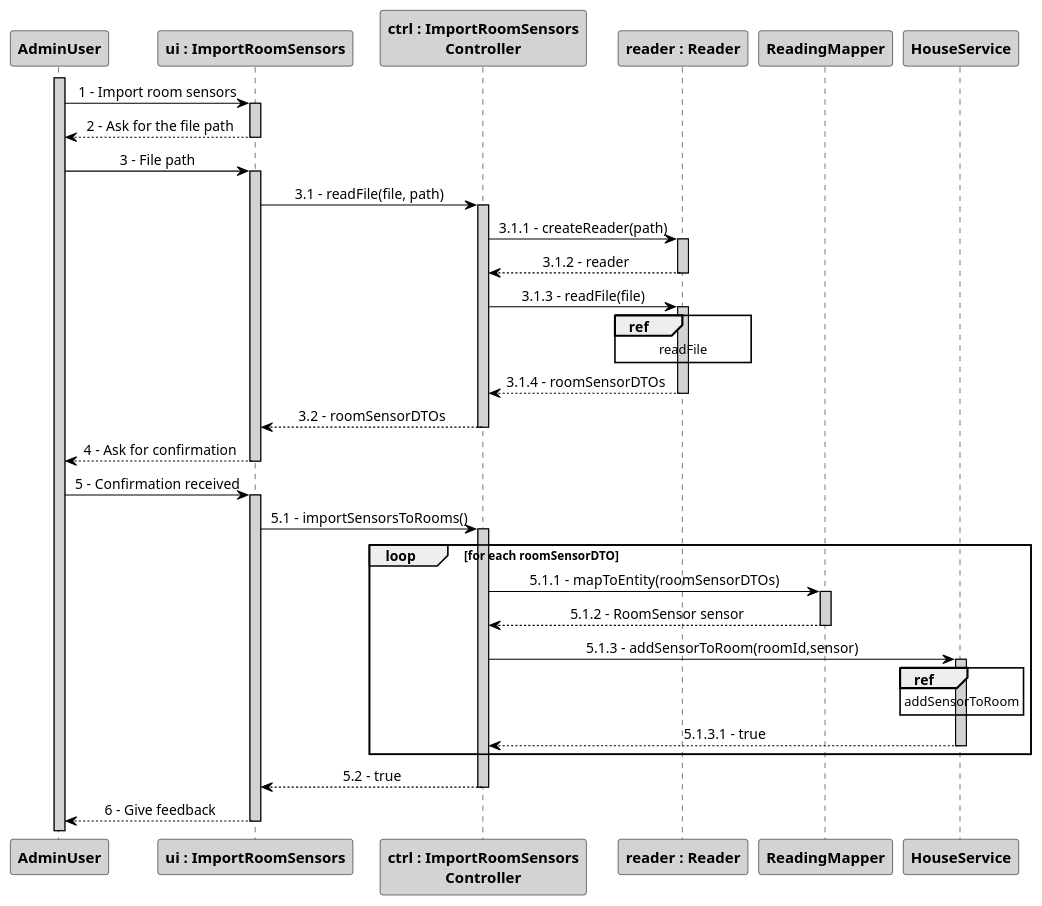
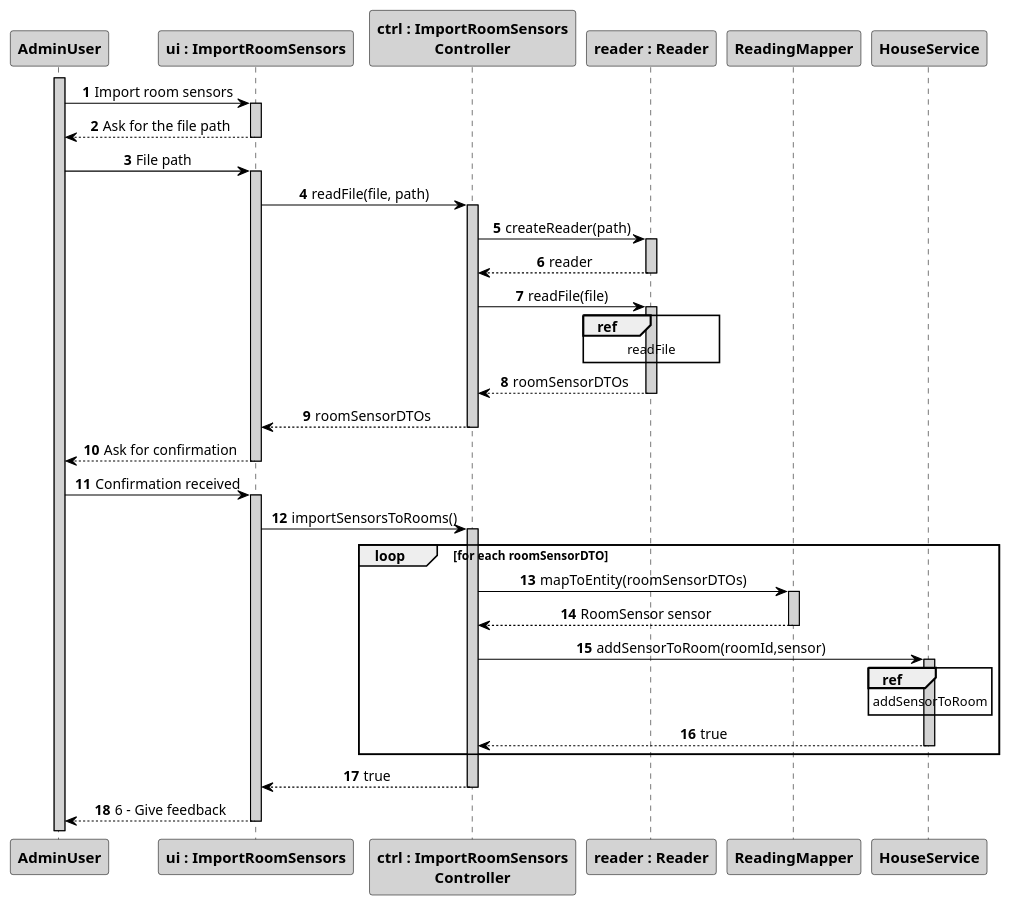
Before and after one commit to 1181687/hateoasToy: the diagram in src/main/java/pt/ipp/isep/dei/project/controllers/importroomsensorandreadings/SD_ImportRoomSensors.puml, drawn with PlantUML. The commit also changed 3 other files, not shown here.

Commit message:
[ Addresses #150 ] Added changes to ImportRoomSensors sequence diagram

```diff
--- a/src/main/java/pt/ipp/isep/dei/project/controllers/importroomsensorandreadings/SD_ImportRoomSensors.puml
+++ b/src/main/java/pt/ipp/isep/dei/project/controllers/importroomsensorandreadings/SD_ImportRoomSensors.puml
@@ -1,67 +1,68 @@
 @startuml
+autonumber
 skinparam sequenceMessageAlign center
 skinparam sequence {
 	ArrowColor Black
 	ActorBorderColor DarkBlue
 	LifeLineBorderColor black
 	LifeLineBackgroundColor LightGrey
 
 	ParticipantBorderColor Black
 	ParticipantBackgroundColor LightGrey
 	ParticipantFontStyle Bold
 
 	ActorBackgroundColor DimGrey
 	ActorFontColor DeepSkyBlue
 	ActorFontStyle Bold
 	ActorFontSize 17
 	ActorFontName Aapex
 }
 
 activate AdminUser
 actor AdminUser
 
-AdminUser -> "ui : ImportRoomSensors":1 - Import room sensors
+AdminUser -> "ui : ImportRoomSensors": Import room sensors
 activate "ui : ImportRoomSensors"
-"ui : ImportRoomSensors" --> AdminUser: 2 - Ask for the file path
+"ui : ImportRoomSensors" --> AdminUser: Ask for the file path
 deactivate "ui : ImportRoomSensors"
-AdminUser -> "ui : ImportRoomSensors": 3 - File path
+AdminUser -> "ui : ImportRoomSensors": File path
 activate "ui : ImportRoomSensors"
-"ui : ImportRoomSensors" -> "ctrl : ImportRoomSensors\nController": 3.1 - readFile(file, path)
+"ui : ImportRoomSensors" -> "ctrl : ImportRoomSensors\nController": readFile(file, path)
 activate "ctrl : ImportRoomSensors\nController"
-"ctrl : ImportRoomSensors\nController" -> "reader : Reader": 3.1.1 - createReader(path)
+"ctrl : ImportRoomSensors\nController" -> "reader : Reader": createReader(path)
 activate "reader : Reader"
-"reader : Reader" --> "ctrl : ImportRoomSensors\nController": 3.1.2 - reader
+"reader : Reader" --> "ctrl : ImportRoomSensors\nController": reader
 deactivate "reader : Reader"
-"ctrl : ImportRoomSensors\nController" -> "reader : Reader": 3.1.3 - readFile(file)
+"ctrl : ImportRoomSensors\nController" -> "reader : Reader": readFile(file)
 activate "reader : Reader"
 ref over "reader : Reader"
 readFile
 end
-"reader : Reader" --> "ctrl : ImportRoomSensors\nController": 3.1.4 - roomSensorDTOs
+"reader : Reader" --> "ctrl : ImportRoomSensors\nController": roomSensorDTOs
 deactivate "reader : Reader"
-"ctrl : ImportRoomSensors\nController" --> "ui : ImportRoomSensors": 3.2 - roomSensorDTOs
+"ctrl : ImportRoomSensors\nController" --> "ui : ImportRoomSensors": roomSensorDTOs
 deactivate "ctrl : ImportRoomSensors\nController"
-"ui : ImportRoomSensors" --> AdminUser: 4 - Ask for confirmation
+"ui : ImportRoomSensors" --> AdminUser: Ask for confirmation
 deactivate "ui : ImportRoomSensors"
-AdminUser -> "ui : ImportRoomSensors": 5 - Confirmation received
+AdminUser -> "ui : ImportRoomSensors": Confirmation received
 activate "ui : ImportRoomSensors"
-"ui : ImportRoomSensors" -> "ctrl : ImportRoomSensors\nController": 5.1 - importSensorsToRooms()
+"ui : ImportRoomSensors" -> "ctrl : ImportRoomSensors\nController": importSensorsToRooms()
 activate "ctrl : ImportRoomSensors\nController"
 loop for each roomSensorDTO
-"ctrl : ImportRoomSensors\nController" -> ReadingMapper: 5.1.1 - mapToEntity(roomSensorDTOs)
+"ctrl : ImportRoomSensors\nController" -> ReadingMapper: mapToEntity(roomSensorDTOs)
 activate ReadingMapper
-ReadingMapper --> "ctrl : ImportRoomSensors\nController": 5.1.2 - RoomSensor sensor
+ReadingMapper --> "ctrl : ImportRoomSensors\nController": RoomSensor sensor
 deactivate ReadingMapper
-"ctrl : ImportRoomSensors\nController" -> "HouseService": 5.1.3 - addSensorToRoom(roomId,sensor)
+"ctrl : ImportRoomSensors\nController" -> "HouseService": addSensorToRoom(roomId,sensor)
 activate HouseService
 ref over HouseService
 addSensorToRoom
 end
-"HouseService" --> "ctrl : ImportRoomSensors\nController": 5.1.3.1 - true
+"HouseService" --> "ctrl : ImportRoomSensors\nController": true
 deactivate HouseService
 end loop
-"ctrl : ImportRoomSensors\nController" --> "ui : ImportRoomSensors": 5.2 - true
+"ctrl : ImportRoomSensors\nController" --> "ui : ImportRoomSensors": true
 deactivate "ctrl : ImportRoomSensors\nController"
 "ui : ImportRoomSensors" --> AdminUser: 6 - Give feedback
 deactivate "ui : ImportRoomSensors"
 @enduml
```
